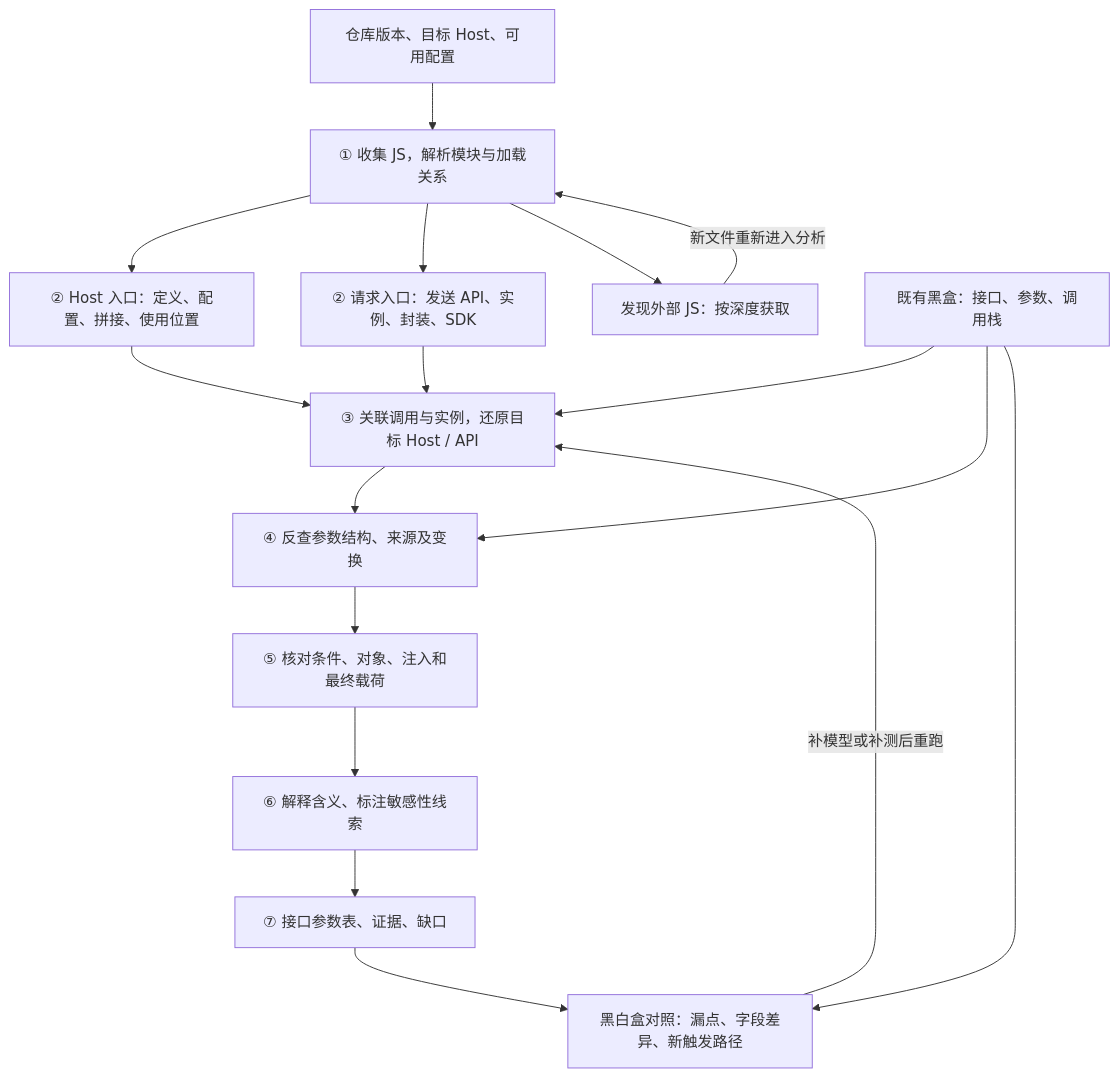
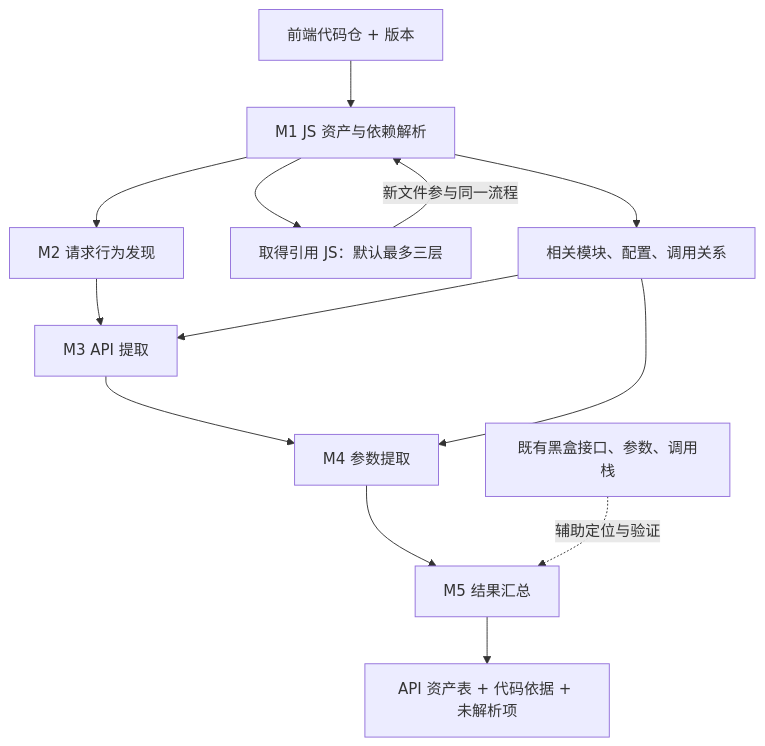
Before and after one commit to luohaijiang789/js-security: the first of 2 diagrams in docs/白盒方案.md, drawn with Mermaid. The commit also changed other lines of this file and 7 other files, not shown here.

````diff
--- a/docs/白盒方案.md
+++ b/docs/白盒方案.md
@@ -20,19 +9,15 @@
 ```mermaid
 flowchart TD
-    I["仓库版本、目标 Host、可用配置"] --> A["① 收集 JS，解析模块与加载关系"]
-    A --> H["② Host 入口：定义、配置、拼接、使用位置"]
-    A --> S["② 请求入口：发送 API、实例、封装、SDK"]
-    H --> E["③ 关联调用与实例，还原目标 Host / API"]
-    S --> E
-    E --> P["④ 反查参数结构、来源及变换"]
-    P --> V["⑤ 核对条件、对象、注入和最终载荷"]
-    V --> M["⑥ 解释含义、标注敏感性线索"]
-    M --> O["⑦ 接口参数表、证据、缺口"]
-    A --> J["发现外部 JS：按深度获取"]
-    J -->|"新文件重新进入分析"| A
-    B["既有黑盒：接口、参数、调用栈"] --> E
-    B --> P
-    O --> D["黑白盒对照：漏点、字段差异、新触发路径"]
-    B --> D
-    D -->|"补模型或补测后重跑"| E
+    R["前端代码仓 + 版本"] --> A["M1 JS 资产与依赖解析"]
+    A --> B["M2 请求行为发现"]
+    B --> C["M3 API 提取"]
+    C --> D["M4 参数提取"]
+    D --> E["M5 结果汇总"]
+    A --> J["取得引用 JS：默认最多三层"]
+    J -->|"新文件参与同一流程"| A
+    U["相关模块、配置、调用关系"] --> C
+    U --> D
+    A --> U
+    E --> O["API 资产表 + 代码依据 + 未解析项"]
+    K["既有黑盒接口、参数、调用栈"] -. "辅助定位与验证" .-> E
 ```
````
